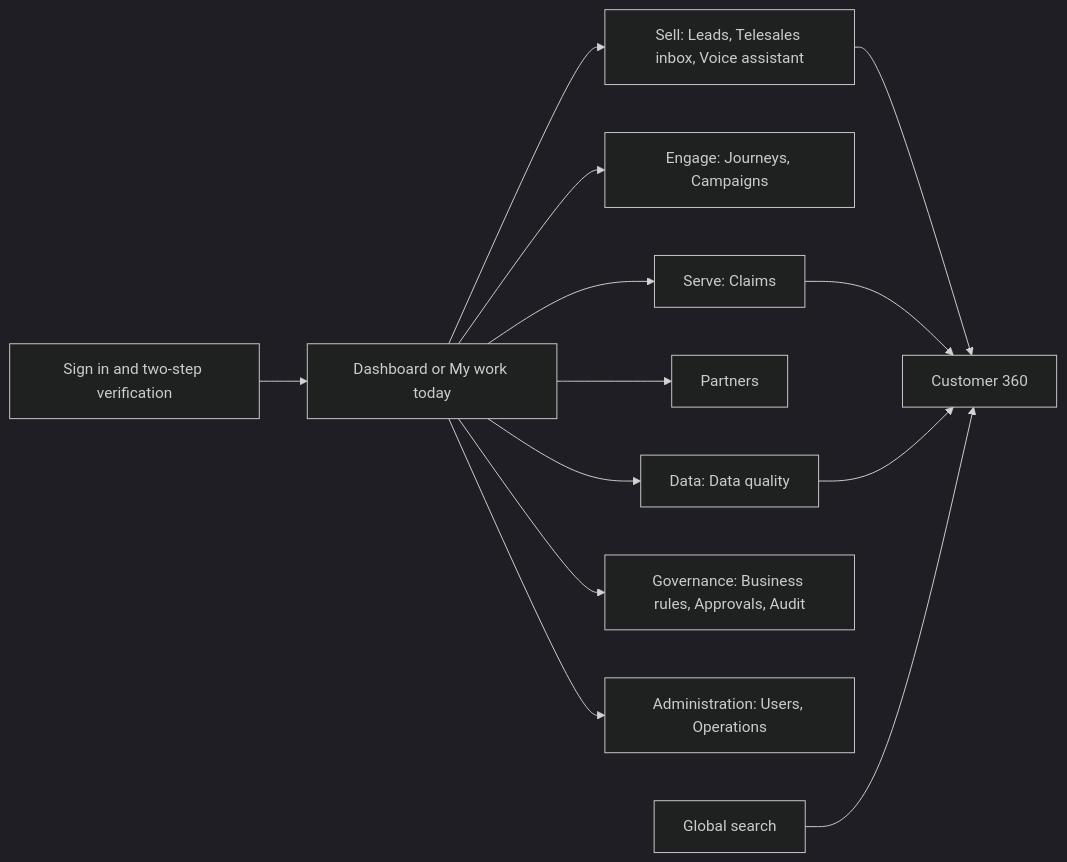
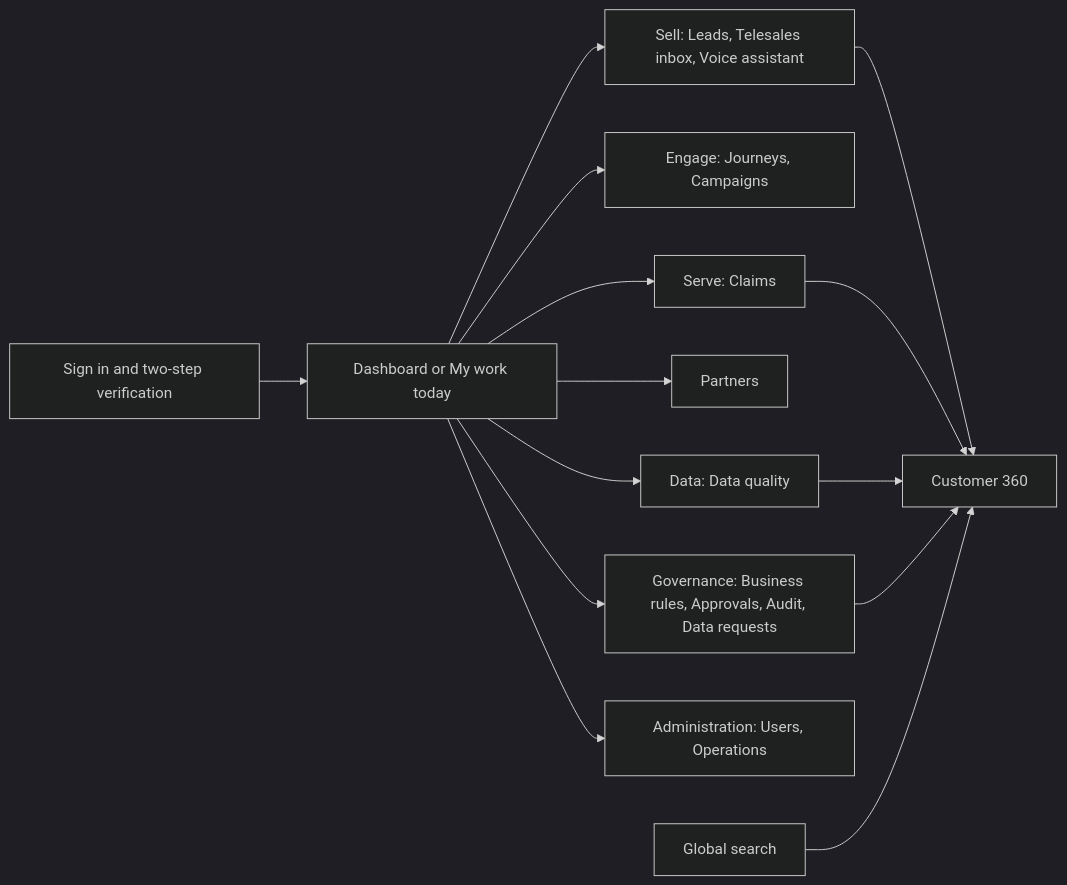
One commit to IortaTexhNXT-DEV/TASCO changed the first of 3 diagrams in tools/docs-source/docs/ux/information-architecture-and-navigation.md. Above: the diagram before and after it, drawn with Mermaid (dark theme). The commit also changed other lines of this file and 101 other files, not shown here.

First line of the commit message:
Voice script: link goes to TASCO Insurance's Zalo OA; vendored Mermaid for doc builds; review edits to business, quality and delivery documents

````diff
--- a/tools/docs-source/docs/ux/information-architecture-and-navigation.md
+++ b/tools/docs-source/docs/ux/information-architecture-and-navigation.md
@@ -110,16 +110,17 @@
 ```mermaid
 %% caption: Staff console site map, by sidebar group
 flowchart LR
   S["Sign in and two-step verification"] --> D["Dashboard or My work today"]
   D --> SELL["Sell: Leads, Telesales inbox, Voice assistant"]
   D --> ENG["Engage: Journeys, Campaigns"]
   D --> SRV["Serve: Claims"]
   D --> PAR["Partners"]
   D --> DAT["Data: Data quality"]
-  D --> GOV["Governance: Business rules, Approvals, Audit"]
+  D --> GOV["Governance: Business rules, Approvals, Audit, Data requests"]
   D --> ADM["Administration: Users, Operations"]
   SELL --> C360["Customer 360"]
   SRV --> C360
   DAT --> C360
+  GOV --> C360
   Q["Global search"] --> C360
 ```
````
